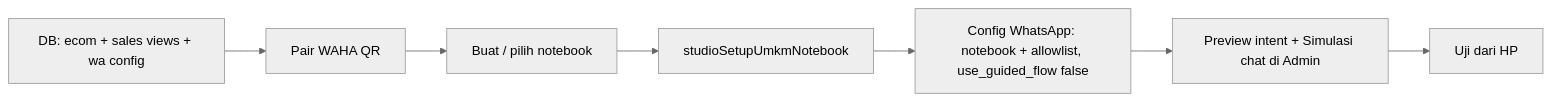
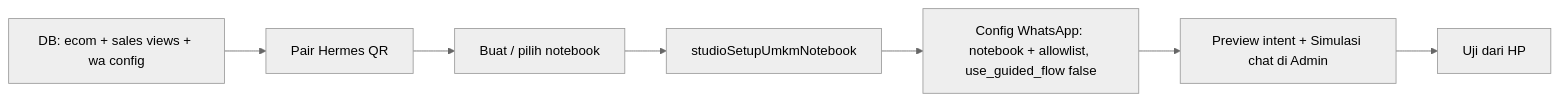
One commit to nusantarasoft/juragan-aibuilder-cup changed the second of 10 diagrams in middleware/STUDIO_UMKM_FLOW.md. Above: the diagram before and after it, drawn with Mermaid (neutral theme). The commit also changed other lines of this file and 42 other files, not shown here.

````diff
--- a/middleware/STUDIO_UMKM_FLOW.md
+++ b/middleware/STUDIO_UMKM_FLOW.md
@@ -102,12 +102,12 @@
 ```mermaid
 flowchart LR
     A1[DB: ecom + sales views + wa config]
-    A2[Pair WAHA QR]
+    A2[Pair Hermes QR]
     A3[Buat / pilih notebook]
     A4[studioSetupUmkmNotebook]
     A5[Config WhatsApp: notebook + allowlist, use_guided_flow false]
     A6[Preview intent + Simulasi chat di Admin]
     A7[Uji dari HP]
 
     A1 --> A2 --> A3 --> A4 --> A5 --> A6 --> A7
 ```
````
